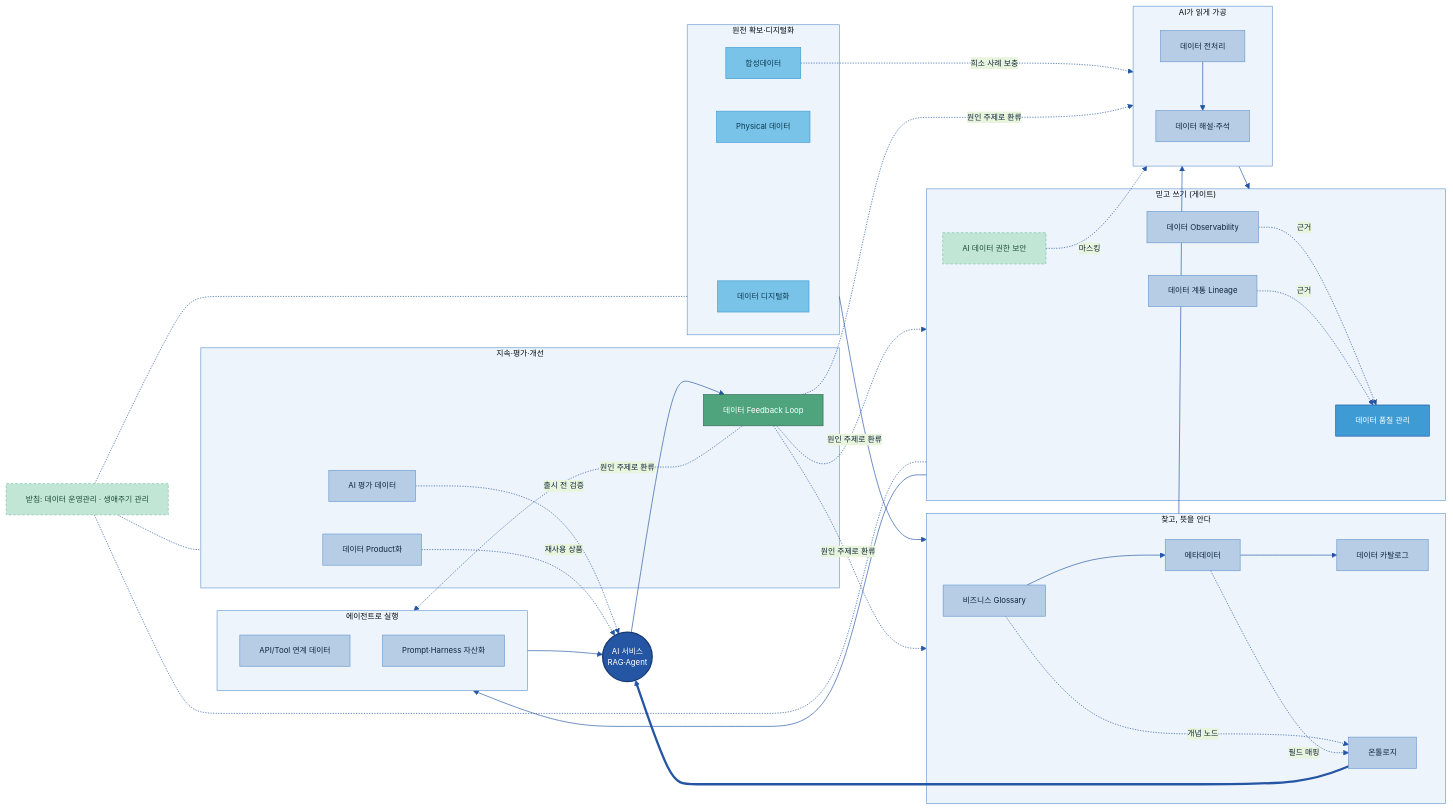
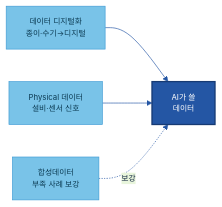
One commit to jin-kearney/ai-ready-data-manual changed the first of 6 diagrams in 전체 목차/00 전체 목차 (20개 주제).md. Above: the diagram before and after it, drawn with Mermaid. The commit also changed other lines of this file, not shown here.

First line of the commit message:
docs(00): 조감도에 전체 흐름 SVG(원천↓→AI Agent↑·환류) + 묶음별 미니 다이어그램 6개

````diff
--- a/전체 목차/00 전체 목차 (20개 주제).md
+++ b/전체 목차/00 전체 목차 (20개 주제).md
@@ -51,52 +183,9 @@
 ```mermaid
-%%{init: {'theme':'base','themeVariables':{'primaryColor':'#DCE8F5','primaryBorderColor':'#2456A4','primaryTextColor':'#10243f','lineColor':'#2456A4','clusterBkg':'#EEF4FB','clusterBorder':'#6B9AD1','fontSize':'12px'}}}%%
+%%{init: {'theme':'base','themeVariables':{'primaryColor':'#DCE8F5','primaryBorderColor':'#2456A4','primaryTextColor':'#10243f','lineColor':'#2456A4','fontSize':'12px'}}}%%
 flowchart LR
-    subgraph SRC["원천 확보·디지털화"]
-        DIG["데이터 디지털화"]:::src
-        PHY["Physical 데이터"]:::src
-        SYN["합성데이터"]:::src
-    end
-    subgraph FIND["찾고, 뜻을 안다"]
-        GLO["비즈니스 Glossary"]:::n --> META["메타데이터"]:::n --> CAT["데이터 카탈로그"]:::n
-        ONT["온톨로지"]:::n
-    end
-    subgraph READ["AI가 읽게 가공"]
-        PRE["데이터 전처리"]:::n --> ANN["데이터 해설·주석"]:::n
-    end
-    subgraph GATE["믿고 쓰기 (게이트)"]
-        QUAL["데이터 품질 관리"]:::gate
-        OBS["데이터 Observability"]:::n -.근거.-> QUAL
-        LIN["데이터 계통 Lineage"]:::n -.근거.-> QUAL
-        SEC["AI 데이터 권한 보안"]:::cross
-    end
-    subgraph ACT["에이전트로 실행"]
-        TOOL["API/Tool 연계 데이터"]:::n
-        PROM["Prompt·Harness 자산화"]:::n
-    end
-    AI(("AI 서비스<br/>RAG·Agent")):::cat
-    subgraph KEEP["지속·평가·개선"]
-        PROD["데이터 Product화"]:::n
-        EVAL["AI 평가 데이터"]:::n
-        FB["데이터 Feedback Loop"]:::loop
-    end
-    FND["받침: 데이터 운영관리 · 생애주기 관리"]:::cross
-
-    SRC --> FIND --> READ --> GATE --> ACT --> AI
-    GLO -.개념 노드.-> ONT
-    META -.필드 매핑.-> ONT
-    ONT ==> AI
-    SYN -.희소 사례 보충.-> READ
-    SEC -.마스킹.-> READ
-    EVAL -.출시 전 검증.-> AI
-    PROD -.재사용 상품.-> AI
-    AI --> FB
-    FB -. 원인 주제로 환류 .-> FIND & READ & GATE & ACT
-    FND -.- SRC & GATE & KEEP
-
-    classDef n fill:#B7CDE6,stroke:#6B9AD1,color:#10243f;
+    DIG["데이터 디지털화<br/>종이·수기→디지털"]:::src --> POOL["AI가 쓸<br/>데이터"]:::cat
+    PHY["Physical 데이터<br/>설비·센서 신호"]:::src --> POOL
+    SYN["합성데이터<br/>부족 사례 보강"]:::src -.보강.-> POOL
     classDef src fill:#79C3E8,stroke:#3F9BD4,color:#0b3a52;
     classDef cat fill:#2456A4,color:#fff,stroke:#163a73,stroke-width:2px;
-    classDef gate fill:#3F9BD4,stroke:#2456A4,color:#fff;
-    classDef loop fill:#4FA47D,stroke:#2f6b50,color:#fff;
-    classDef cross fill:#C2E6D6,stroke:#7CC2A7,color:#1f4d3a,stroke-dasharray:4 3;
 ```
````
